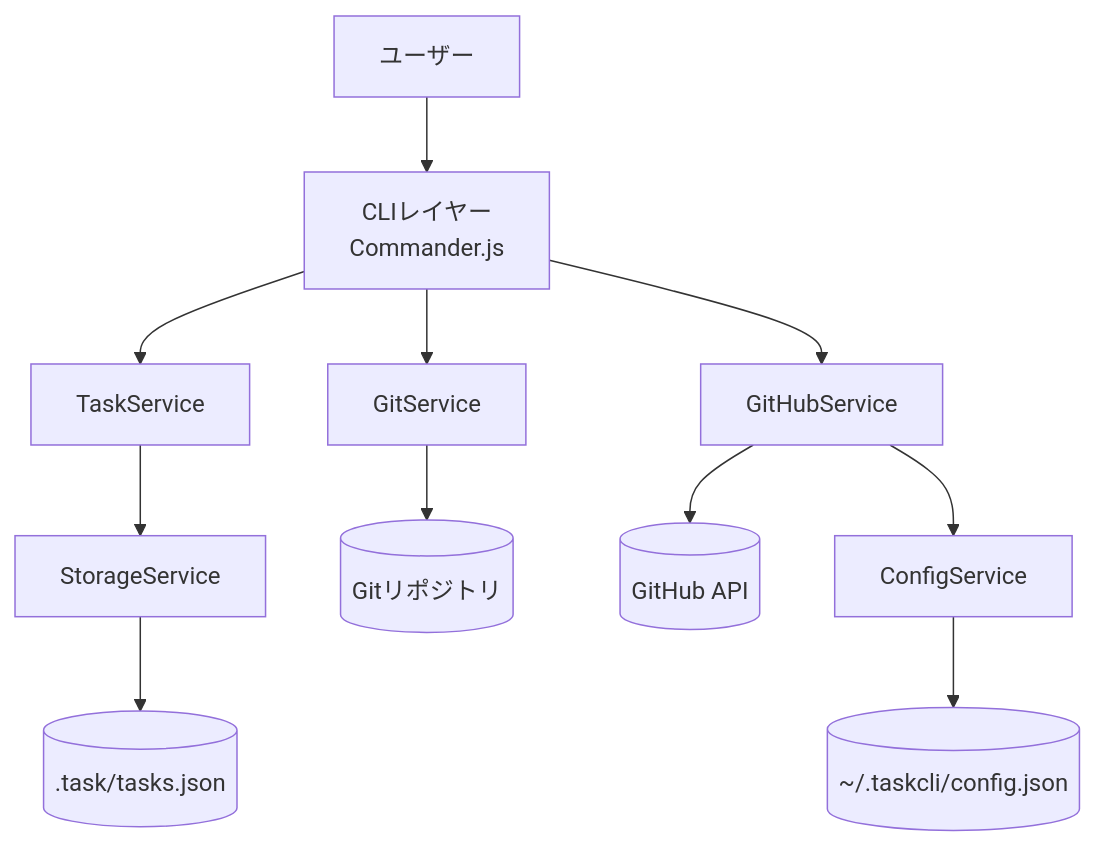
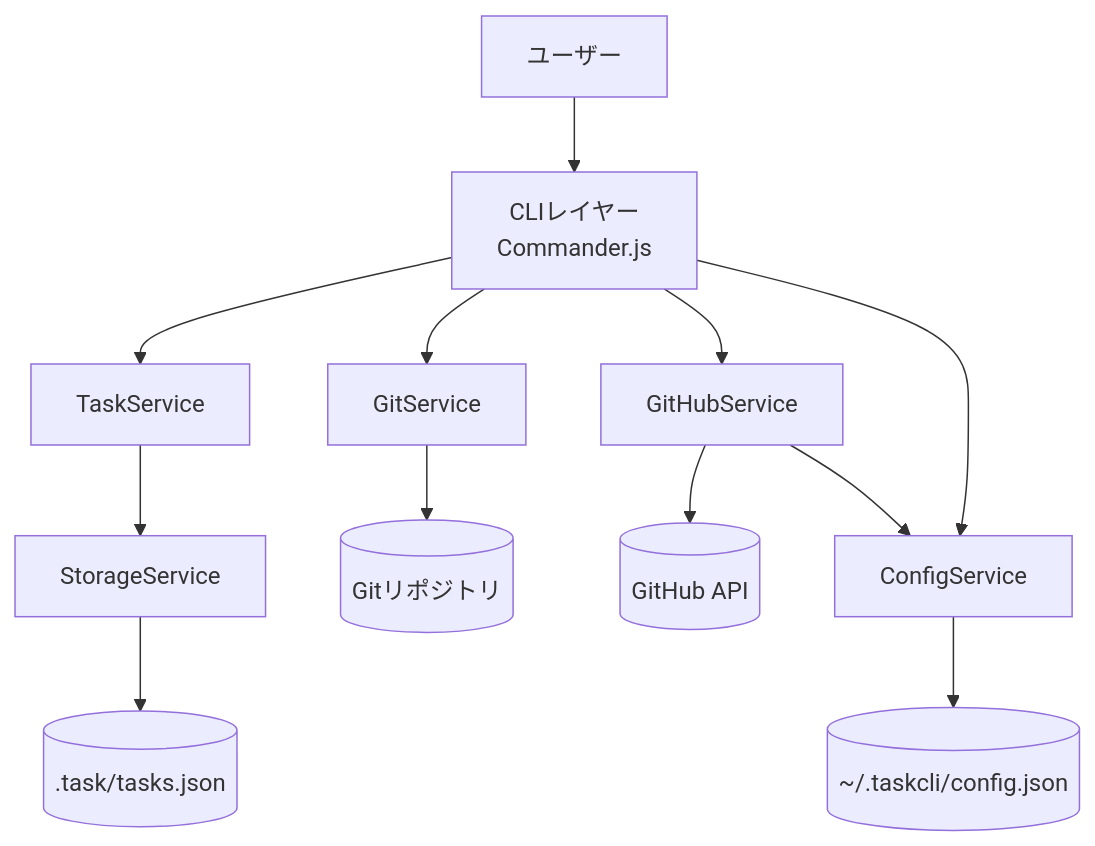
Before and after one commit to kakikubo/claude-code-book-chapter8: the first of 12 diagrams in docs/functional-design.md, drawn with Mermaid. The commit also changed other lines of this file and 2 other files, not shown here.

First line of the commit message:
architecture.md のレビュー指摘事項を反映してドキュメント整合性を改善

````diff
--- a/docs/functional-design.md
+++ b/docs/functional-design.md
@@ -5,24 +5,26 @@
 ```mermaid
 graph TB
     User[ユーザー]
     CLI[CLIレイヤー<br/>Commander.js]
     TaskService[TaskService]
     GitService[GitService]
     GitHubService[GitHubService]
+    ConfigService[ConfigService]
     StorageService[StorageService]
     TaskJSON[(.task/tasks.json)]
     ConfigJSON[(~/.taskcli/config.json)]
     Git[(Gitリポジトリ)]
     GitHub[(GitHub API)]
 
     User --> CLI
     CLI --> TaskService
     CLI --> GitService
     CLI --> GitHubService
+    CLI --> ConfigService
     TaskService --> StorageService
     GitService --> Git
     GitHubService --> GitHub
     GitHubService --> ConfigService
     ConfigService --> ConfigJSON
     StorageService --> TaskJSON
 ```
````
